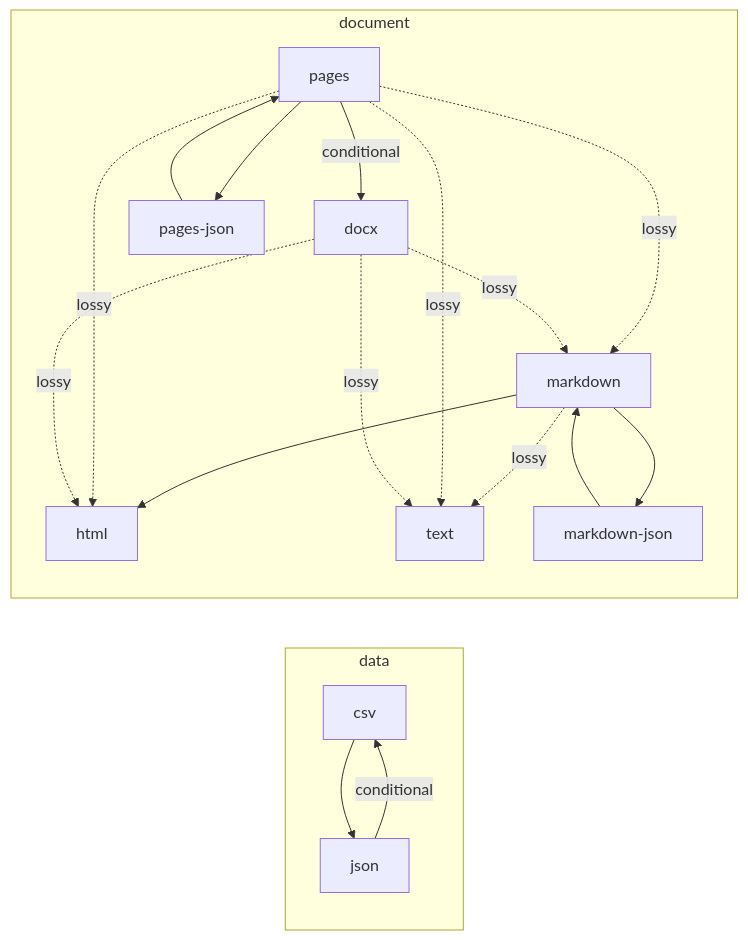
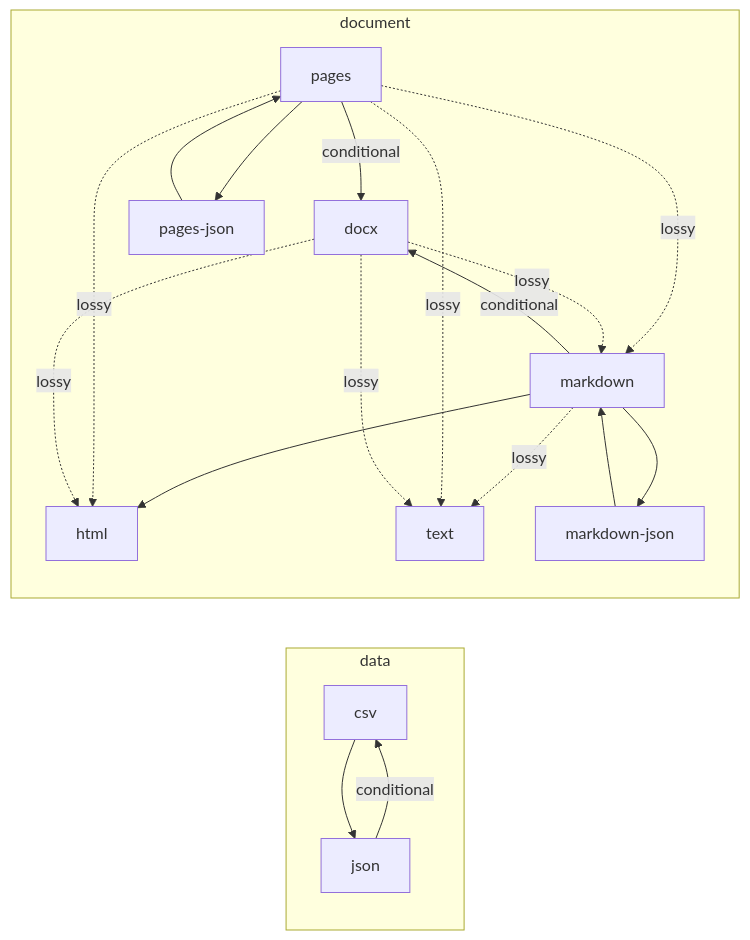
Before and after one commit to Chimi6/Sublime: the diagram in DOCS/FORMATS.md, drawn with Mermaid. The commit also changed other lines of this file and 19 other files, not shown here.

````diff
--- a/DOCS/FORMATS.md
+++ b/DOCS/FORMATS.md
@@ -72,31 +75,32 @@
 ```mermaid
 graph LR
   subgraph data
     csv["csv"]
     json["json"]
   end
   subgraph document
     docx["docx"]
     html["html"]
     markdown["markdown"]
     markdown_json["markdown-json"]
     pages["pages"]
     pages_json["pages-json"]
     text["text"]
   end
   csv --> json
   json -- conditional --> csv
   markdown --> html
   markdown -. lossy .-> text
   markdown --> markdown_json
   markdown_json --> markdown
   pages --> pages_json
   pages_json --> pages
   pages -- conditional --> docx
   pages -. lossy .-> markdown
   pages -. lossy .-> html
   pages -. lossy .-> text
   docx -. lossy .-> markdown
   docx -. lossy .-> html
   docx -. lossy .-> text
+  markdown -- conditional --> docx
 ```
````
